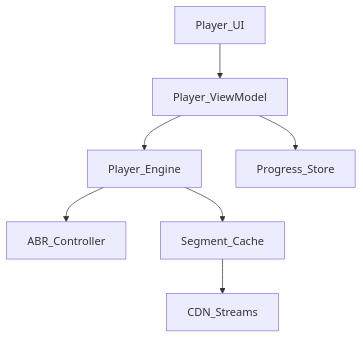
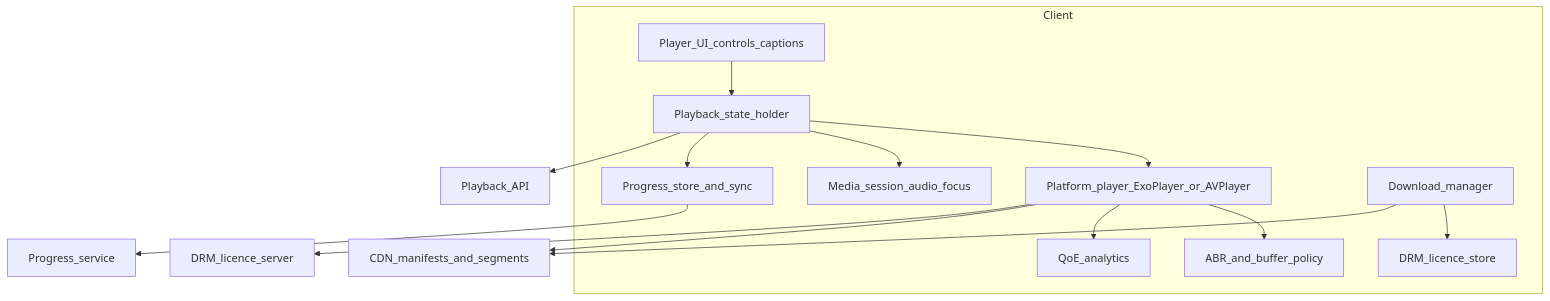
Before and after one commit to yadavsandeep24/san_system_design: the first of 2 diagrams in book/part-3-consumer-apps/21-video-player.md, drawn with Mermaid. The commit also changed other lines of this file, not shown here.

Commit message:
Rewrite Ch 21 video player in depth

````diff
--- a/book/part-3-consumer-apps/21-video-player.md
+++ b/book/part-3-consumer-apps/21-video-player.md
@@ -27,14 +47,29 @@
 ```mermaid
 flowchart TB
-  ui[Player_UI]
-  vm[Player_ViewModel]
-  engine[Player_Engine]
-  abr[ABR_Controller]
-  cache[Segment_Cache]
-  net[CDN_Streams]
-  prog[Progress_Store]
-  ui --> vm --> engine
-  engine --> abr
-  engine --> cache --> net
-  vm --> prog
+  subgraph Client
+    ui[Player_UI_controls_captions]
+    vm[Playback_state_holder]
+    engine[Platform_player_ExoPlayer_or_AVPlayer]
+    abr[ABR_and_buffer_policy]
+    session[Media_session_audio_focus]
+    prog[Progress_store_and_sync]
+    dl[Download_manager]
+    lic[DRM_licence_store]
+    qoe[QoE_analytics]
+    ui --> vm --> engine
+    engine --> abr
+    vm --> session
+    vm --> prog
+    dl --> lic
+    engine --> qoe
+  end
+  api[Playback_API]
+  licsvc[DRM_licence_server]
+  cdn[CDN_manifests_and_segments]
+  progsvc[Progress_service]
+  vm --> api
+  engine --> cdn
+  engine --> licsvc
+  dl --> cdn
+  prog --> progsvc
 ```
````
